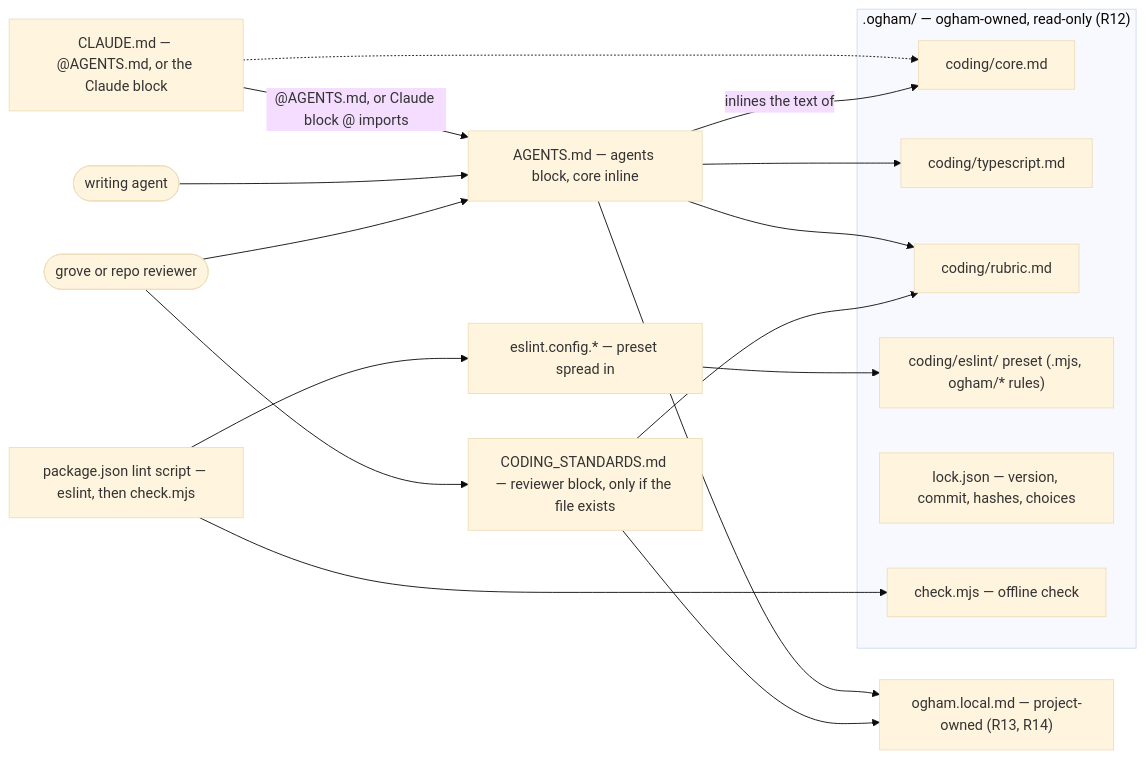
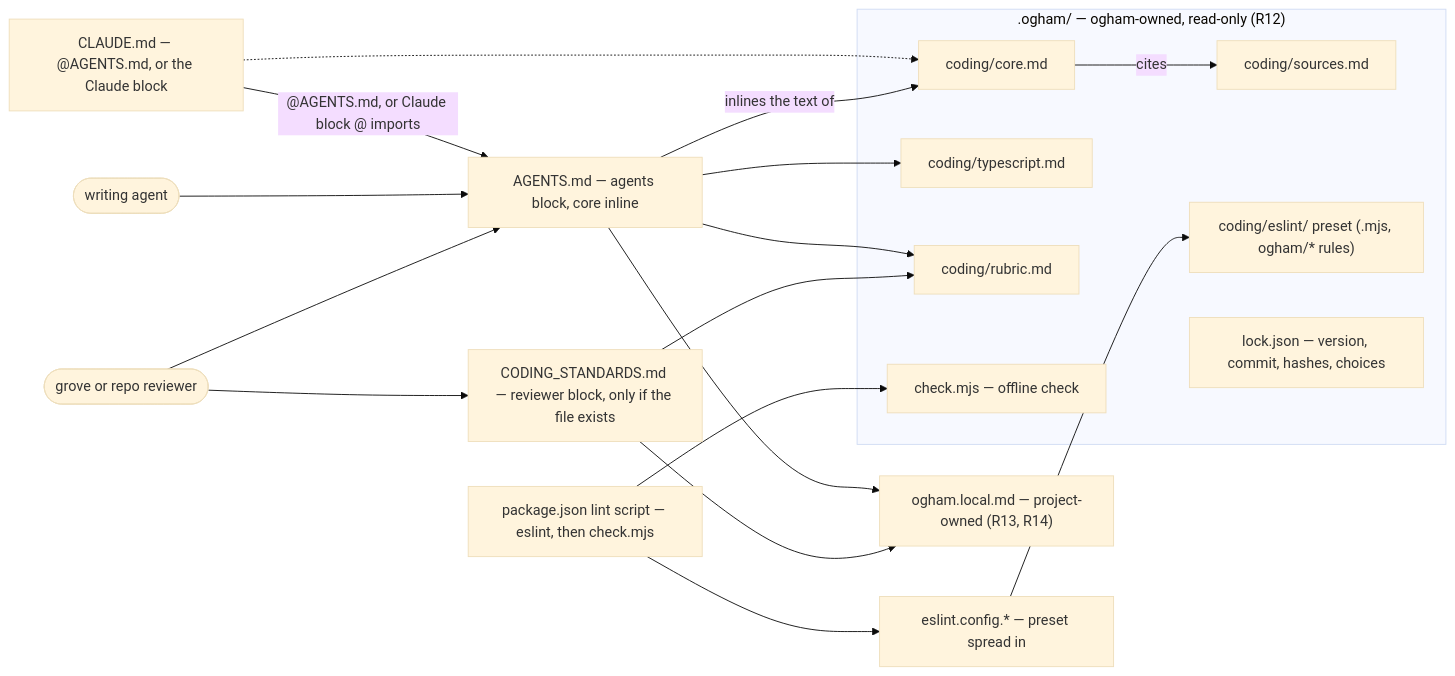
Before and after one commit to kodhama/ogham: the first of 2 diagrams in docs/plans/2026-10-08-0641-feat-ogham-coding-standards-companion-plan.md, drawn with Mermaid (base theme). The commit also changed other lines of this file and 7 other files, not shown here.

````diff
--- a/docs/plans/2026-10-08-0641-feat-ogham-coding-standards-companion-plan.md
+++ b/docs/plans/2026-10-08-0641-feat-ogham-coding-standards-companion-plan.md
@@ -301,31 +301,33 @@
 ```mermaid
 flowchart LR
   subgraph owned[".ogham/ — ogham-owned, read-only (R12)"]
     core["coding/core.md"]
+    sources["coding/sources.md"]
     lang["coding/typescript.md"]
     rubric["coding/rubric.md"]
     preset["coding/eslint/ preset (.mjs, ogham/* rules)"]
     lock["lock.json — version, commit, hashes, choices"]
     chk["check.mjs — offline check"]
   end
   local["ogham.local.md — project-owned (R13, R14)"]
   agents["AGENTS.md — agents block, core inline"]
   claude["CLAUDE.md — @AGENTS.md, or the Claude block"]
   cs["CODING_STANDARDS.md — reviewer block, only if the file exists"]
   eslintcfg["eslint.config.* — preset spread in"]
   lintscript["package.json lint script — eslint, then check.mjs"]
   claude -- "@AGENTS.md, or Claude block @ imports" --> agents
   claude -.-> core
   agents --> lang
   agents -- "inlines the text of" --> core
+  core -- "cites" --> sources
   agents --> local
   agents --> rubric
   cs --> rubric
   cs --> local
   eslintcfg --> preset
   lintscript --> eslintcfg
   lintscript --> chk
   writer(["writing agent"]) --> agents
   reviewer(["grove or repo reviewer"]) --> cs
   reviewer --> agents
 ```
````
